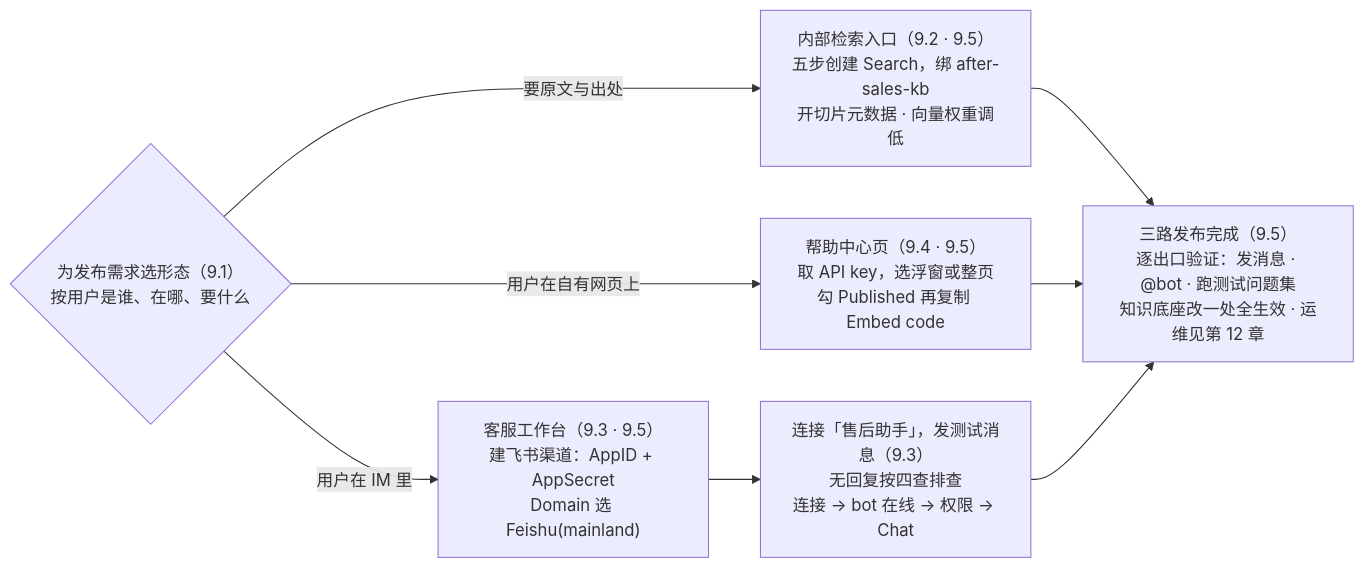
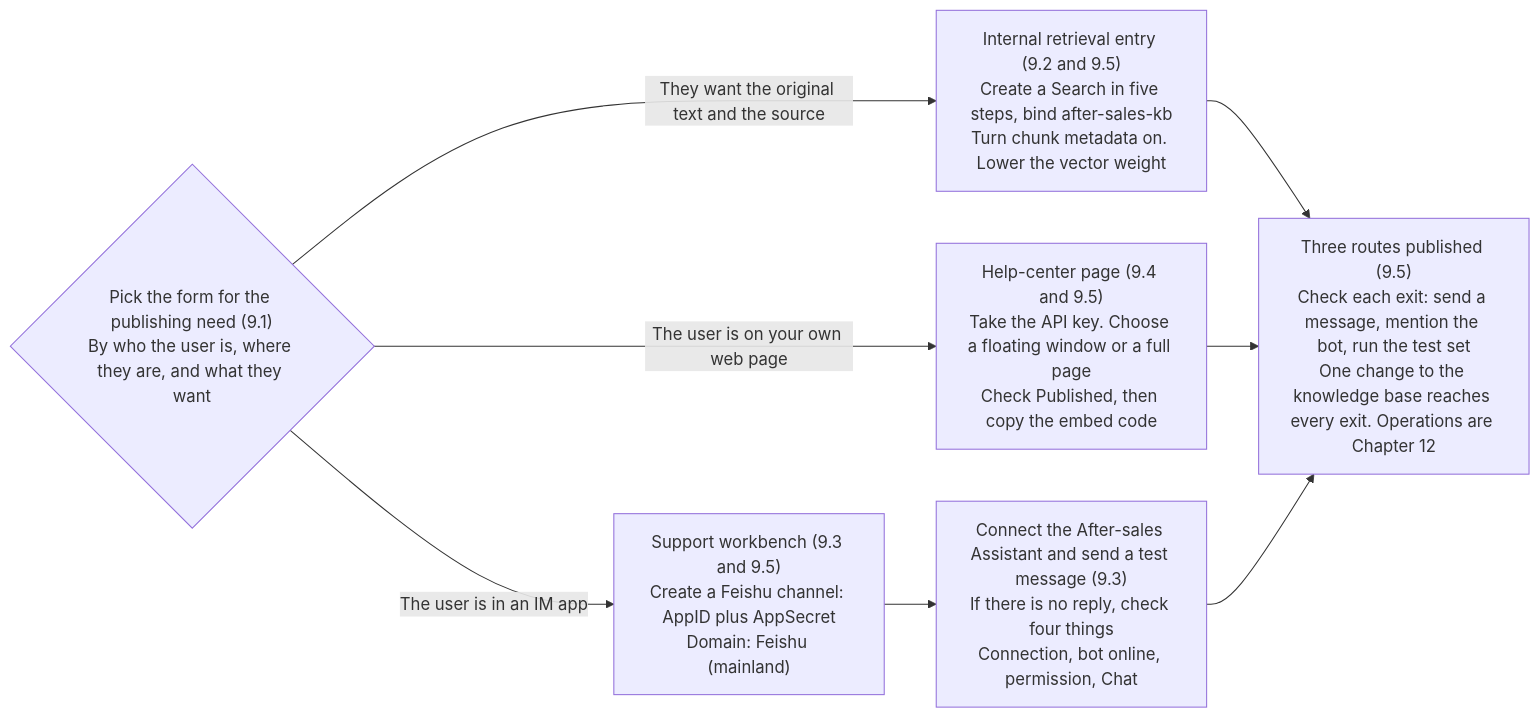
Before and after one commit to ybak/ai-tutorial: the first of 2 diagrams in books/ragflow/en/chapters/09-search-channels.md, drawn with Mermaid. The commit also changed other lines of this file and 16 other files, not shown here.

First line of the commit message:
docs(ragflow): 按审阅改英文图、注释和正文

````diff
--- a/books/ragflow/en/chapters/09-search-channels.md
+++ b/books/ragflow/en/chapters/09-search-channels.md
@@ -11,11 +11,11 @@
 ```mermaid
 flowchart LR
-    A{"为发布需求选形态（9.1）<br/>按用户是谁、在哪、要什么"}
-    A -->|"要原文与出处"| B["内部检索入口（9.2 · 9.5）<br/>五步创建 Search，绑 after-sales-kb<br/>开切片元数据 · 向量权重调低"]
-    A -->|"用户在 IM 里"| C["客服工作台（9.3 · 9.5）<br/>建飞书渠道：AppID + AppSecret<br/>Domain 选 Feishu(mainland)"]
-    A -->|"用户在自有网页上"| D["帮助中心页（9.4 · 9.5）<br/>取 API key，选浮窗或整页<br/>勾 Published 再复制 Embed code"]
-    C --> E["连接「售后助手」，发测试消息（9.3）<br/>无回复按四查排查<br/>连接 → bot 在线 → 权限 → Chat"]
-    B --> F["三路发布完成（9.5）<br/>逐出口验证：发消息 · @bot · 跑测试问题集<br/>知识底座改一处全生效 · 运维见第 12 章"]
+    A{"Pick the form for the publishing need (9.1)<br/>By who the user is, where they are, and what they want"}
+    A -->|"They want the original text and the source"| B["Internal retrieval entry (9.2 and 9.5)<br/>Create a Search in five steps, bind after-sales-kb<br/>Turn chunk metadata on. Lower the vector weight"]
+    A -->|"The user is in an IM app"| C["Support workbench (9.3 and 9.5)<br/>Create a Feishu channel: AppID plus AppSecret<br/>Domain: Feishu (mainland)"]
+    A -->|"The user is on your own web page"| D["Help-center page (9.4 and 9.5)<br/>Take the API key. Choose a floating window or a full page<br/>Check Published, then copy the embed code"]
+    C --> E["Connect the After-sales Assistant and send a test message (9.3)<br/>If there is no reply, check four things<br/>Connection, bot online, permission, Chat"]
+    B --> F["Three routes published (9.5)<br/>Check each exit: send a message, mention the bot, run the test set<br/>One change to the knowledge base reaches every exit. Operations are Chapter 12"]
     D --> F
     E --> F
 ```
````
